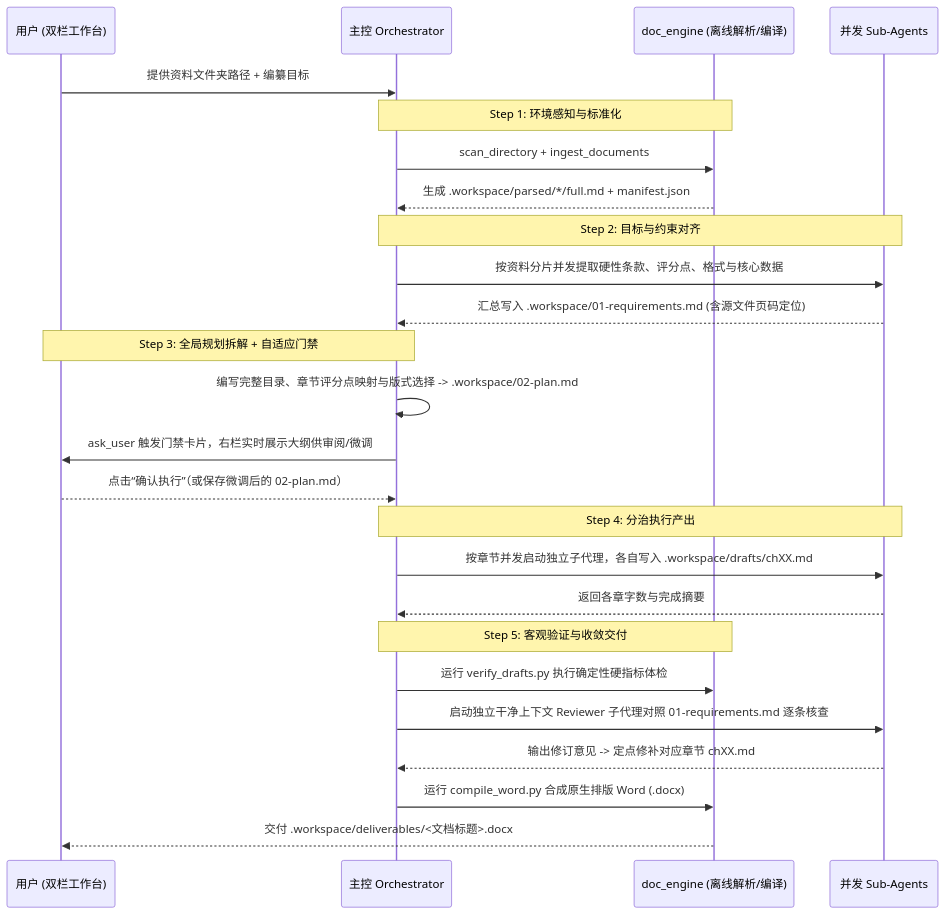
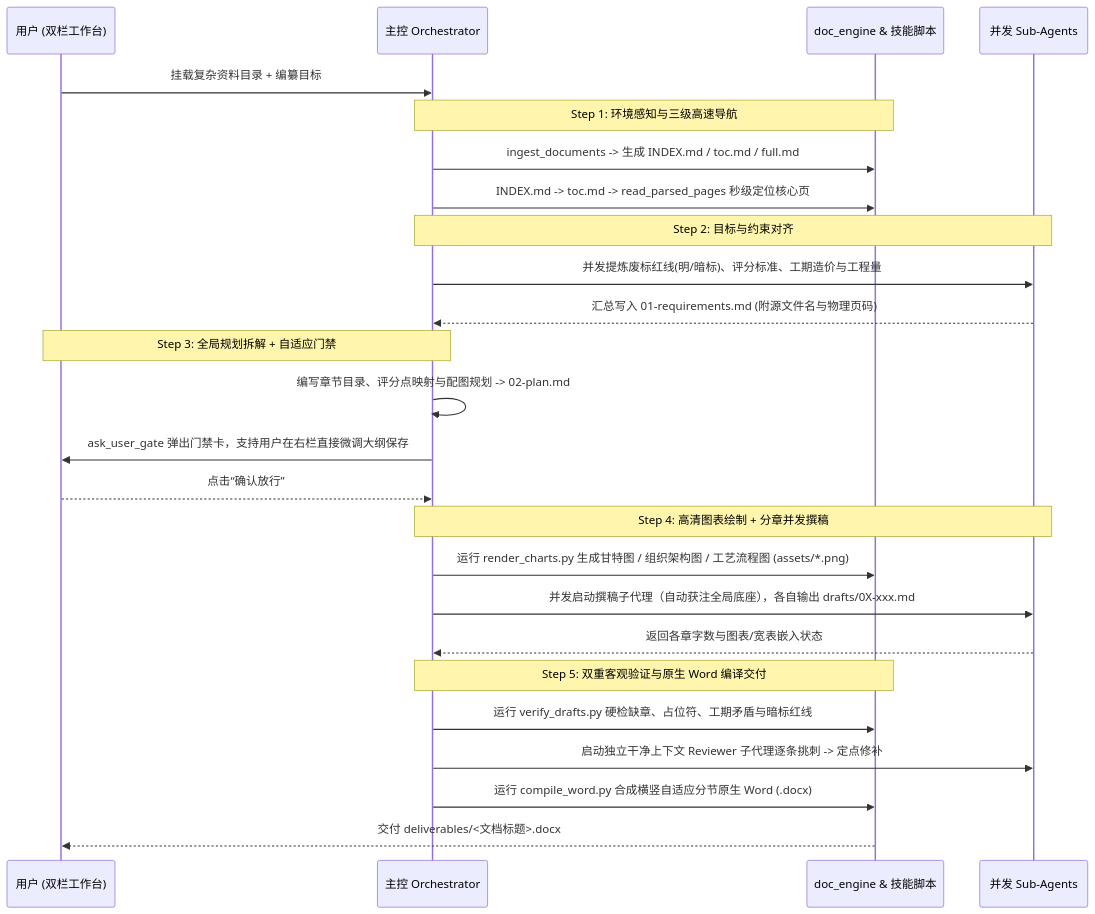
One commit to 1156405915/mayi-agent-plus changed the diagram in docs/skills/01-document-authoring.md. Above: the diagram before and after it, drawn with Mermaid. The commit also changed other lines of this file and 9 other files, not shown here.

````diff
--- a/docs/skills/01-document-authoring.md
+++ b/docs/skills/01-document-authoring.md
@@ -24,32 +26,32 @@
 ```mermaid
 sequenceDiagram
     participant U as 用户 (双栏工作台)
     participant O as 主控 Orchestrator
-    participant P as doc_engine (离线解析/编译)
+    participant P as doc_engine & 技能脚本
     participant SA as 并发 Sub-Agents
 
-    U->>O: 提供资料文件夹路径 + 编纂目标
-    Note over O,P: Step 1: 环境感知与标准化
-    O->>P: scan_directory + ingest_documents
-    P-->>O: 生成 .workspace/parsed/*/full.md + manifest.json
+    U->>O: 挂载复杂资料目录 + 编纂目标
+    Note over O,P: Step 1: 环境感知与三级高速导航
+    O->>P: ingest_documents -> 生成 INDEX.md / toc.md / full.md
+    O->>P: INDEX.md -> toc.md -> read_parsed_pages 秒级定位核心页
 
     Note over O,SA: Step 2: 目标与约束对齐
-    O->>SA: 按资料分片并发提取硬性条款、评分点、格式与核心数据
-    SA-->>O: 汇总写入 .workspace/01-requirements.md (含源文件页码定位)
+    O->>SA: 并发提炼废标红线(明/暗标)、评分标准、工期造价与工程量
+    SA-->>O: 汇总写入 01-requirements.md (附源文件名与物理页码)
 
     Note over O,U: Step 3: 全局规划拆解 + 自适应门禁
-    O->>O: 编写完整目录、章节评分点映射与版式选择 -> .workspace/02-plan.md
-    O->>U: ask_user 触发门禁卡片，右栏实时展示大纲供审阅/微调
-    U-->>O: 点击“确认执行”（或保存微调后的 02-plan.md）
+    O->>O: 编写章节目录、评分点映射与配图规划 -> 02-plan.md
+    O->>U: ask_user_gate 弹出门禁卡，支持用户在右栏直接微调大纲保存
+    U-->>O: 点击“确认放行”
 
-    Note over O,SA: Step 4: 分治执行产出
-    O->>SA: 按章节并发启动独立子代理，各自写入 .workspace/drafts/chXX.md
-    SA-->>O: 返回各章字数与完成摘要
+    Note over O,SA: Step 4: 高清图表绘制 + 分章并发撰稿
+    O->>P: 运行 render_charts.py 生成甘特图 / 组织架构图 / 工艺流程图 (assets/*.png)
+    O->>SA: 并发启动撰稿子代理（自动获注全局底座），各自输出 drafts/0X-xxx.md
+    SA-->>O: 返回各章字数与图表/宽表嵌入状态
 
-    Note over O,P: Step 5: 客观验证与收敛交付
-    O->>P: 运行 verify_drafts.py 执行确定性硬指标体检
-    O->>SA: 启动独立干净上下文 Reviewer 子代理对照 01-requirements.md 逐条核查
-    SA-->>O: 输出修订意见 -> 定点修补对应章节 chXX.md
-    O->>P: 运行 compile_word.py 合成原生排版 Word (.docx)
-    P-->>U: 交付 .workspace/deliverables/<文档标题>.docx
+    Note over O,P: Step 5: 双重客观验证与原生 Word 编译交付
+    O->>P: 运行 verify_drafts.py 硬检缺章、占位符、工期矛盾与暗标红线
+    O->>SA: 启动独立干净上下文 Reviewer 子代理逐条挑刺 -> 定点修补
+    O->>P: 运行 compile_word.py 合成横竖自适应分节原生 Word (.docx)
+    P-->>U: 交付 deliverables/<文档标题>.docx
 ```
````
